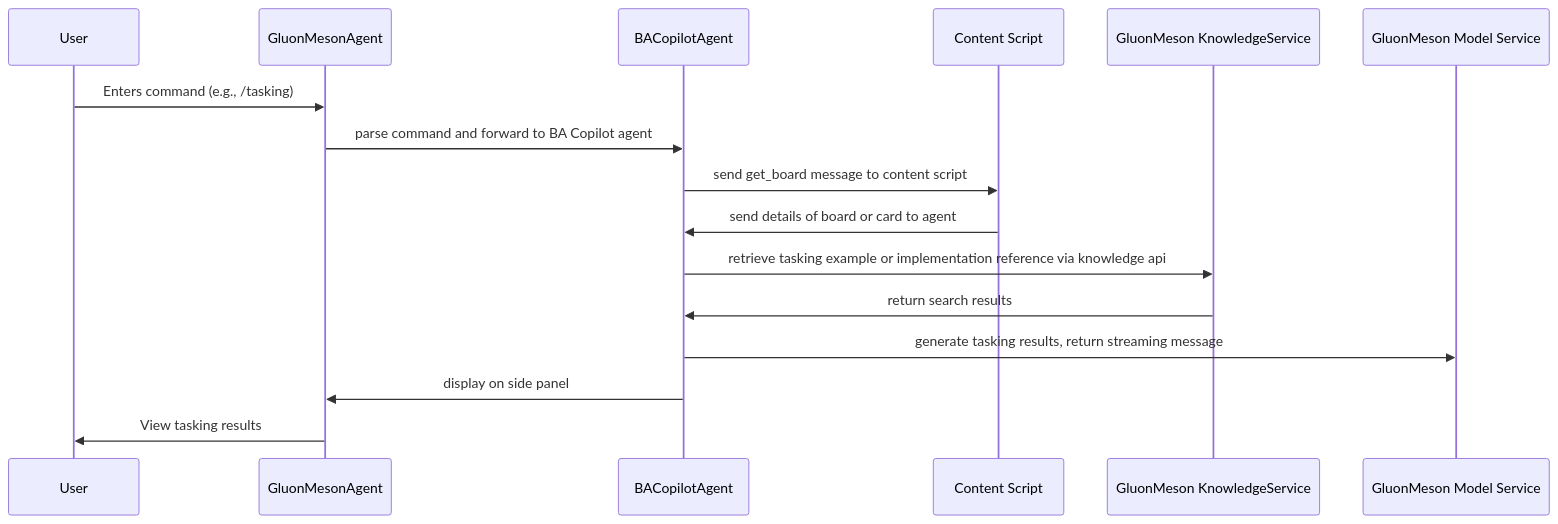
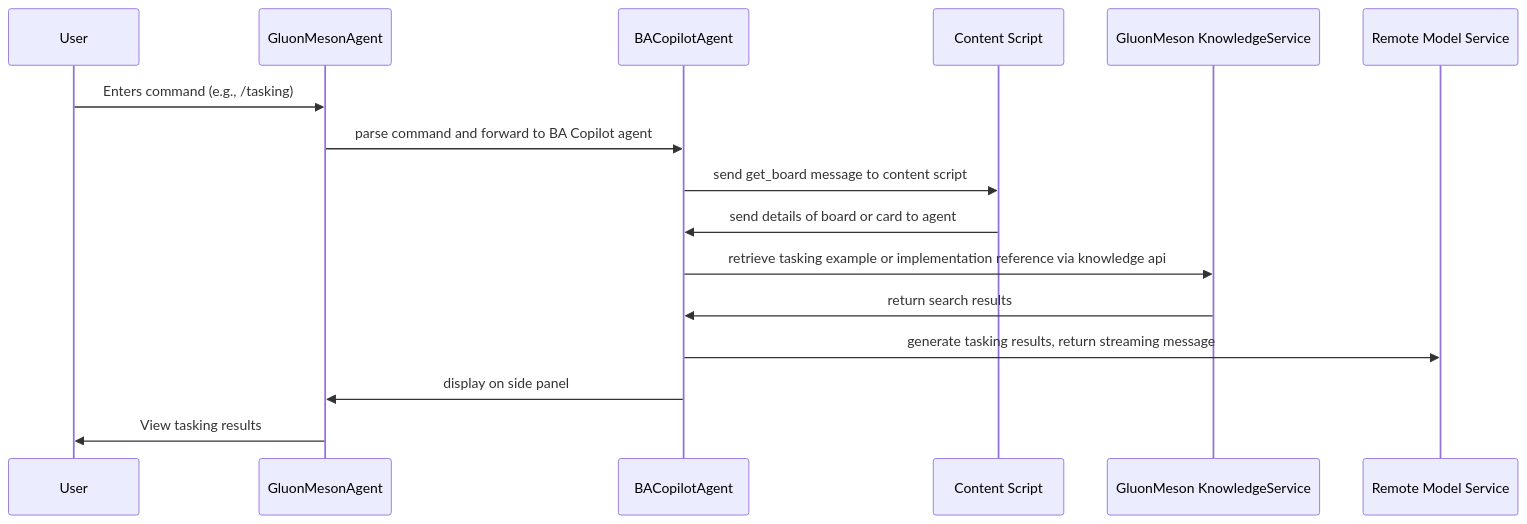
The third of 3 diagrams in docs/tutorial/an_introduction_to_gluonmeson_chrome_extension.md (yingrui/gluonmeson-chrome-extension), drawn with Mermaid before and after one commit. The commit also changed other lines of this file and 1 other file, not shown here.

````diff
--- a/docs/tutorial/an_introduction_to_gluonmeson_chrome_extension.md
+++ b/docs/tutorial/an_introduction_to_gluonmeson_chrome_extension.md
@@ -114,19 +114,19 @@
 ```mermaid
 sequenceDiagram
     participant User
     participant GluonMesonAgent
     participant BACopilotAgent
     participant Content Script
     participant GluonMeson KnowledgeService
-    participant GluonMeson Model Service
+    participant Remote Model Service
 
     User->>GluonMesonAgent: Enters command (e.g., /tasking)
     GluonMesonAgent->>BACopilotAgent: parse command and forward to BA Copilot agent
     BACopilotAgent->>Content Script: send get_board message to content script
     Content Script->>BACopilotAgent: send details of board or card to agent
     BACopilotAgent->>GluonMeson KnowledgeService: retrieve tasking example or implementation reference via knowledge api
     GluonMeson KnowledgeService->>BACopilotAgent: return search results
-    BACopilotAgent->>GluonMeson Model Service: generate tasking results, return streaming message
+    BACopilotAgent->>Remote Model Service: generate tasking results, return streaming message
     BACopilotAgent->>GluonMesonAgent: display on side panel
     GluonMesonAgent->>User: View tasking results
 ```
````
